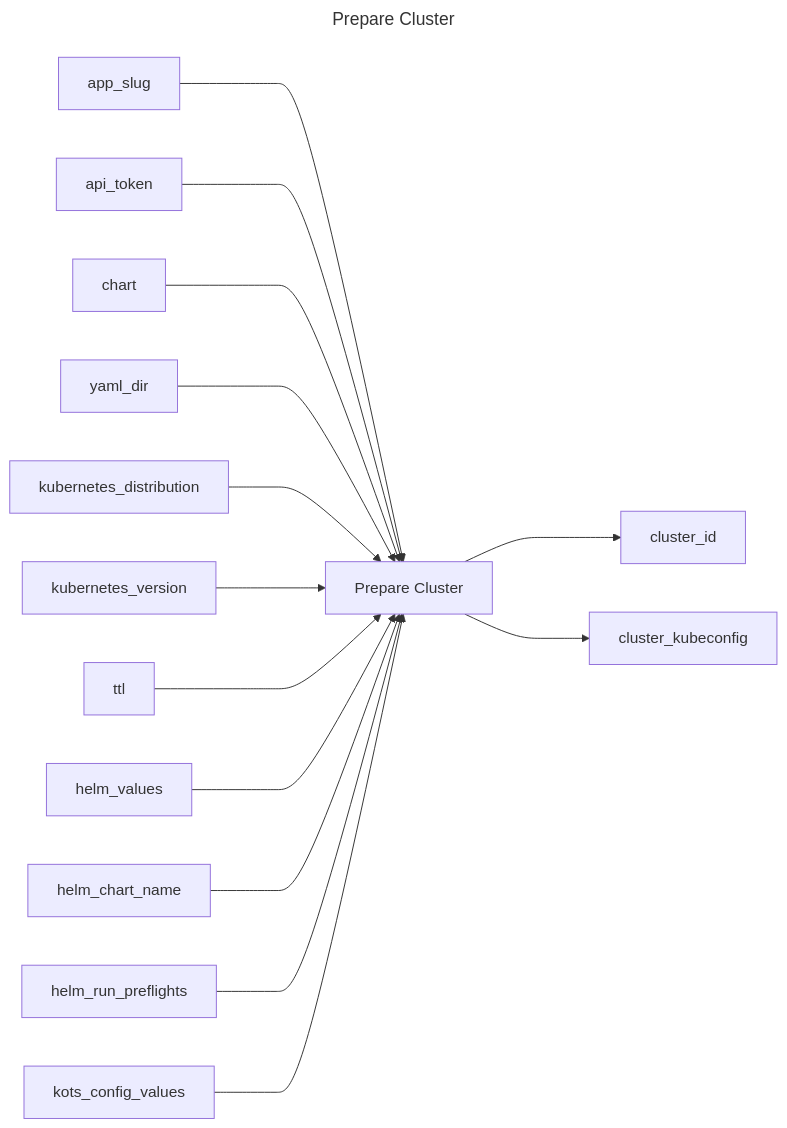
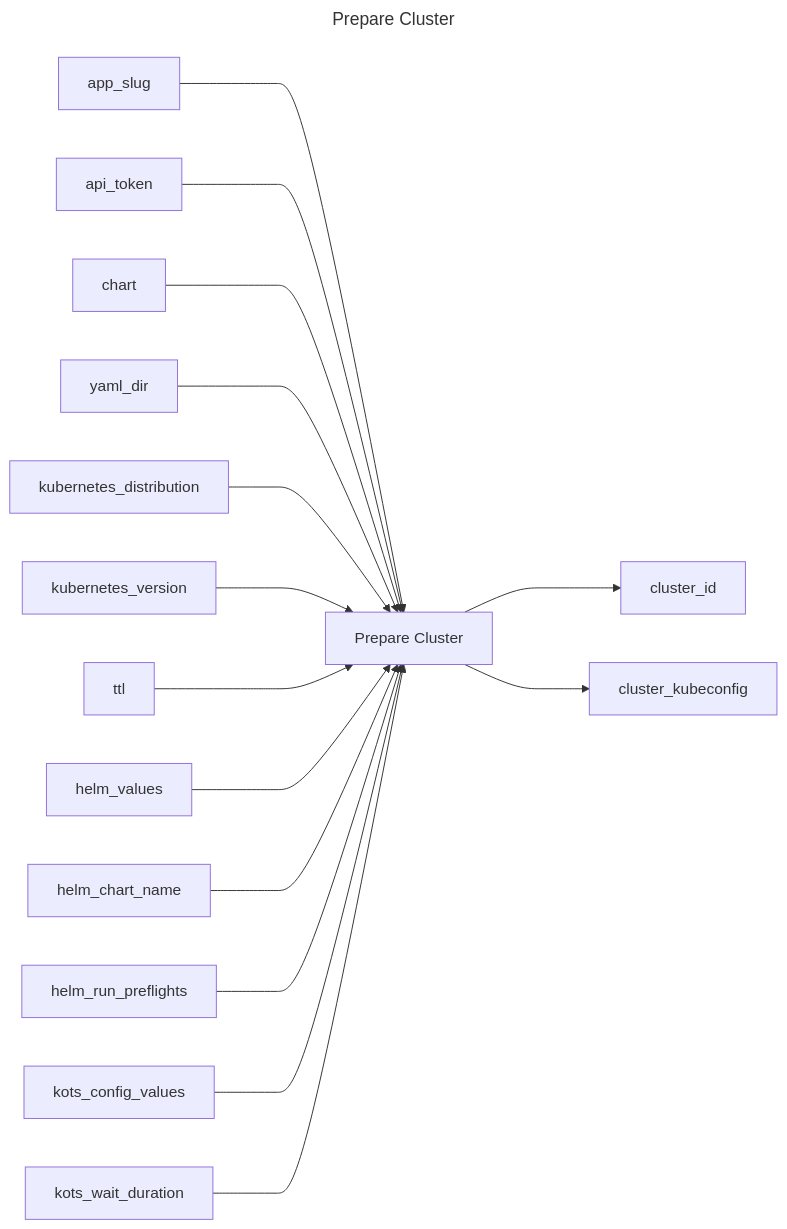
One commit to replicatedhq/replicated-actions changed the diagram in prepare-cluster/README.md. Above: the diagram before and after it, drawn with Mermaid. The commit also changed other lines of this file and 3 other files, not shown here.

````diff
--- a/prepare-cluster/README.md
+++ b/prepare-cluster/README.md
@@ -3,20 +3,21 @@
 ```mermaid
 ---
 title: Prepare Cluster
 ---
 graph LR
 prepare_cluster["Prepare Cluster"]
 app_slug ---> prepare_cluster
 api_token ---> prepare_cluster
 chart ---> prepare_cluster
 yaml_dir ---> prepare_cluster
 kubernetes_distribution ---> prepare_cluster
 kubernetes_version ---> prepare_cluster
 ttl ---> prepare_cluster
 helm_values ---> prepare_cluster
 helm_chart_name ---> prepare_cluster
 helm_run_preflights ---> prepare_cluster
 kots_config_values ---> prepare_cluster
+kots_wait_duration ---> prepare_cluster
 prepare_cluster ---> cluster_id
 prepare_cluster ---> cluster_kubeconfig
 ```
````
